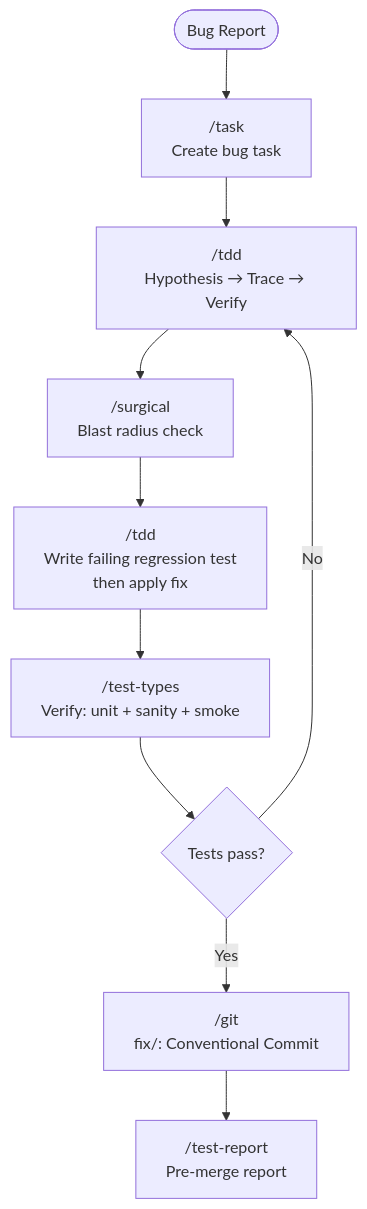
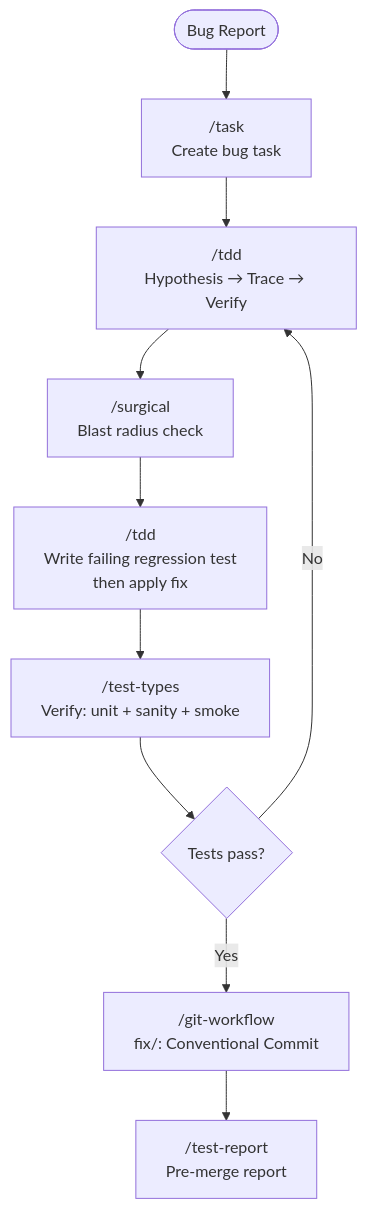
Before and after one commit to sornbuen15/drunken-guild: the fourth of 6 diagrams in README.md, drawn with Mermaid. The commit also changed other lines of this file and 33 other files, not shown here.

````diff
--- a/README.md
+++ b/README.md
@@ -456,12 +473,12 @@
 ```mermaid
 flowchart TD
     A([Bug Report]) --> B["/task\nCreate bug task"]
     B --> C["/tdd\nHypothesis → Trace → Verify"]
     C --> D["/surgical\nBlast radius check"]
     D --> E["/tdd\nWrite failing regression test\nthen apply fix"]
     E --> F["/test-types\nVerify: unit + sanity + smoke"]
     F --> G{Tests pass?}
     G -- No --> C
-    G -- Yes --> H["/git\nfix/: Conventional Commit"]
+    G -- Yes --> H["/git-workflow\nfix/: Conventional Commit"]
     H --> I["/test-report\nPre-merge report"]
 ```
````
